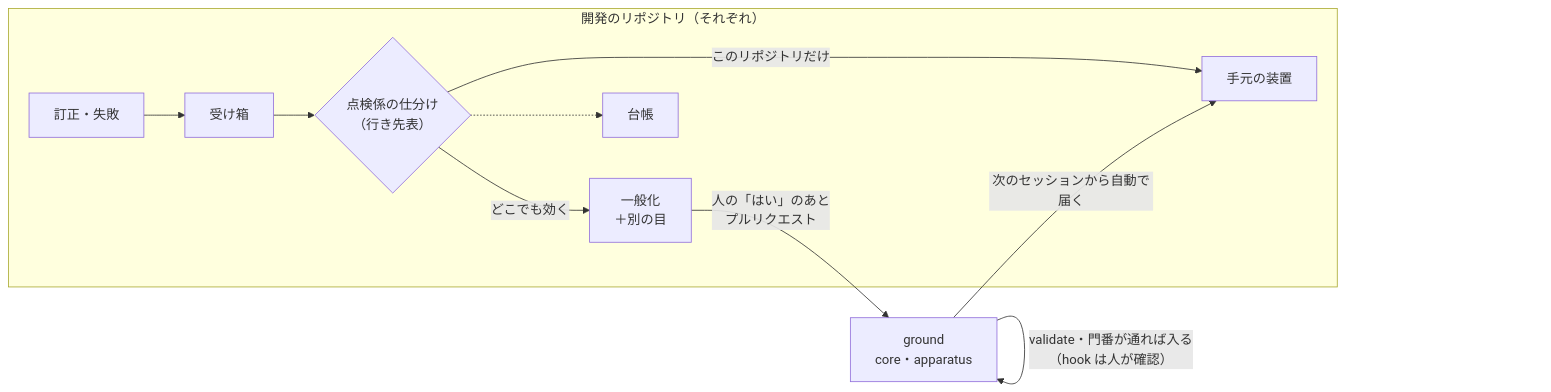
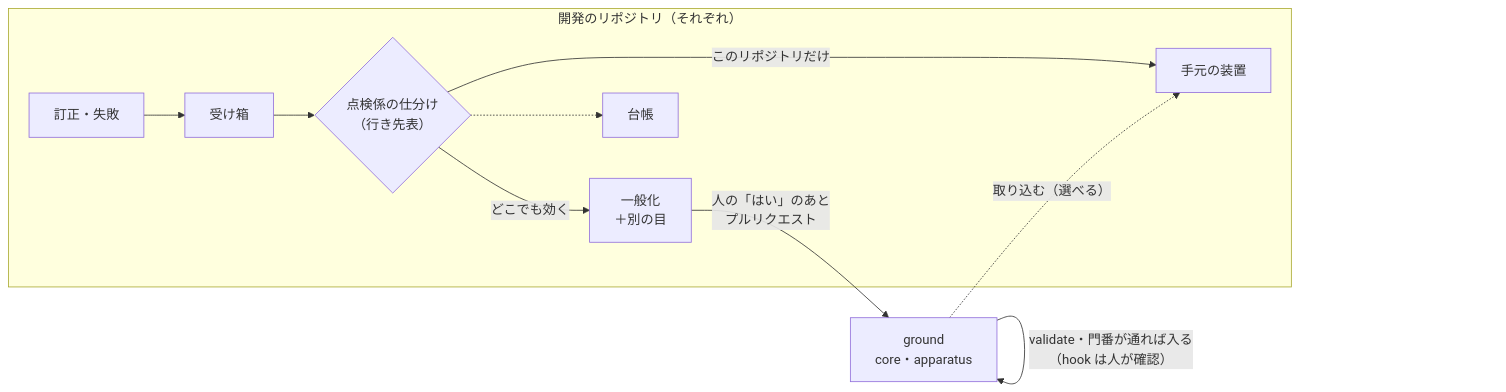
Before and after one commit to commons-ground/ground: the diagram in docs/apparatus.md, drawn with Mermaid. The commit also changed other lines of this file and 5 other files, not shown here.

````diff
--- a/docs/apparatus.md
+++ b/docs/apparatus.md
@@ -30,14 +30,14 @@
 ```mermaid
 flowchart LR
   subgraph R["開発のリポジトリ（それぞれ）"]
     F["訂正・失敗"] --> I["受け箱"]
     I --> T{"点検係の仕分け<br>（行き先表）"}
     T -- "このリポジトリだけ" --> L["手元の装置"]
     T -- "どこでも効く" --> X["一般化<br>＋別の目"]
     LG["台帳"]
   end
   X -- "人の「はい」のあと<br>プルリクエスト" --> G["ground<br>core・apparatus"]
   G -- "validate・門番が通れば入る<br>（hook は人が確認）" --> G
-  G -- "次のセッションから自動で届く" --> L
+  G -. "取り込む（選べる）" .-> L
   T -.-> LG
 ```
````
